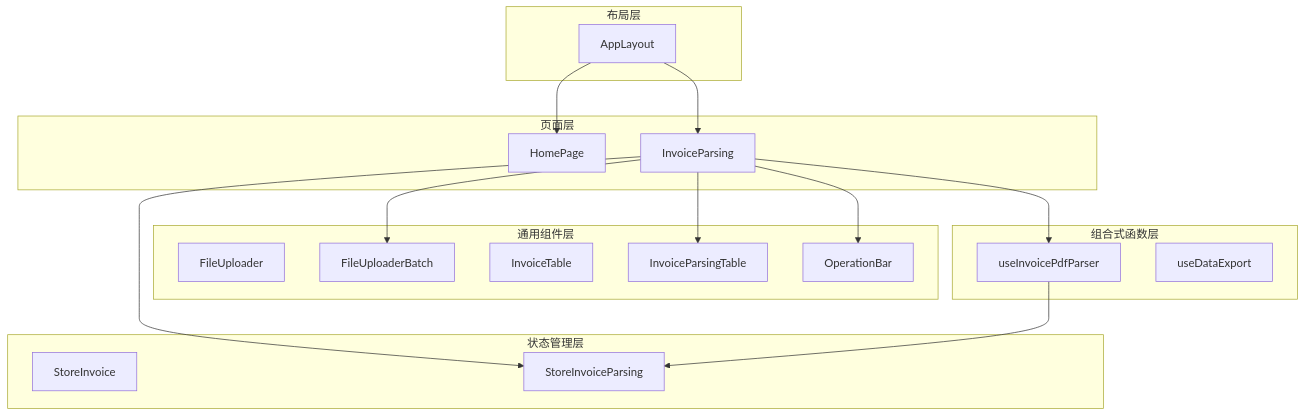
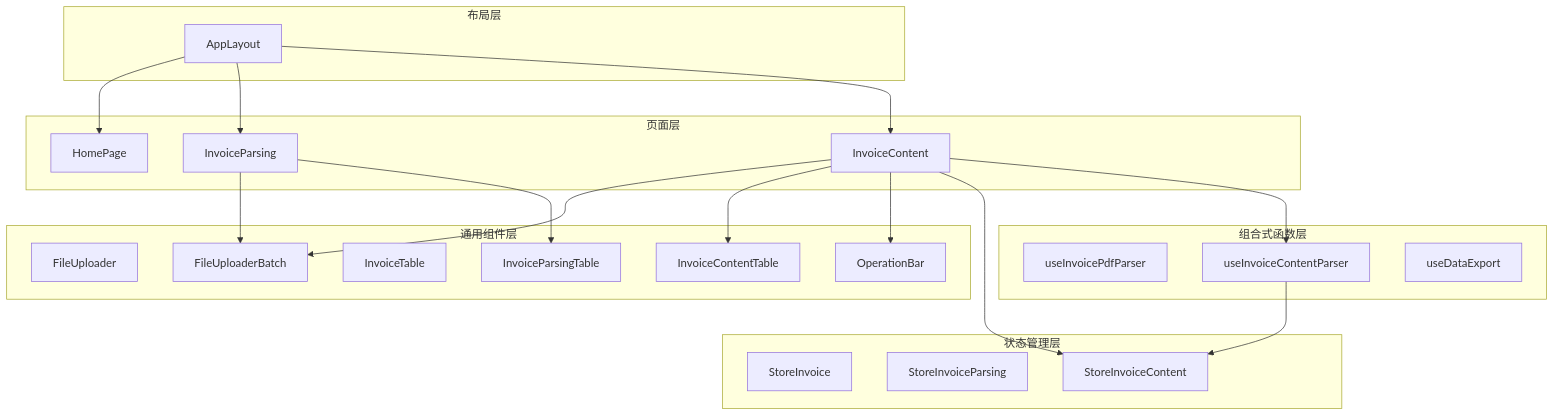
Before and after one commit to dunhuixiao/FinanceTools: the tenth of 10 diagrams in .qoder/repowiki/zh/content/组件架构设计/组件架构设计.md, drawn with Mermaid. The commit also changed other lines of this file and 20 other files, not shown here.

````diff
--- a/.qoder/repowiki/zh/content/组件架构设计/组件架构设计.md
+++ b/.qoder/repowiki/zh/content/组件架构设计/组件架构设计.md
@@ -414,33 +522,40 @@
 ```mermaid
 graph TB
 subgraph "布局层"
 AppLayout
 end
 subgraph "页面层"
 HomePage
 InvoiceParsing
+InvoiceContent
 end
 subgraph "通用组件层"
 FileUploader
 FileUploaderBatch
 InvoiceTable
 InvoiceParsingTable
+InvoiceContentTable
 OperationBar
 end
 subgraph "状态管理层"
 StoreInvoice
 StoreInvoiceParsing
+StoreInvoiceContent
 end
 subgraph "组合式函数层"
 useInvoicePdfParser
+useInvoiceContentParser
 useDataExport
 end
 AppLayout --> HomePage
 AppLayout --> InvoiceParsing
+AppLayout --> InvoiceContent
 InvoiceParsing --> FileUploaderBatch
 InvoiceParsing --> InvoiceParsingTable
-InvoiceParsing --> OperationBar
-InvoiceParsing --> StoreInvoiceParsing
-InvoiceParsing --> useInvoicePdfParser
-useInvoicePdfParser --> StoreInvoiceParsing
+InvoiceContent --> FileUploaderBatch
+InvoiceContent --> InvoiceContentTable
+InvoiceContent --> OperationBar
+InvoiceContent --> StoreInvoiceContent
+InvoiceContent --> useInvoiceContentParser
+useInvoiceContentParser --> StoreInvoiceContent
 ```
````
